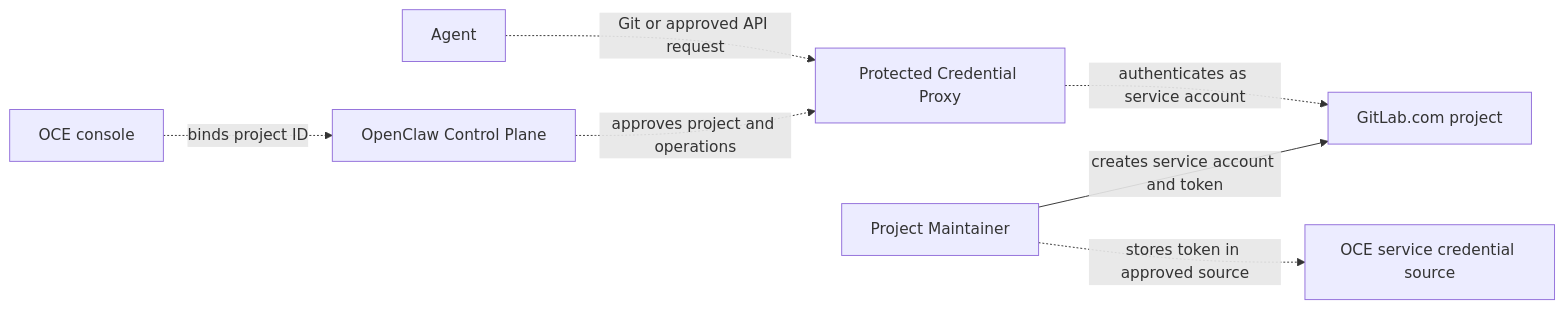
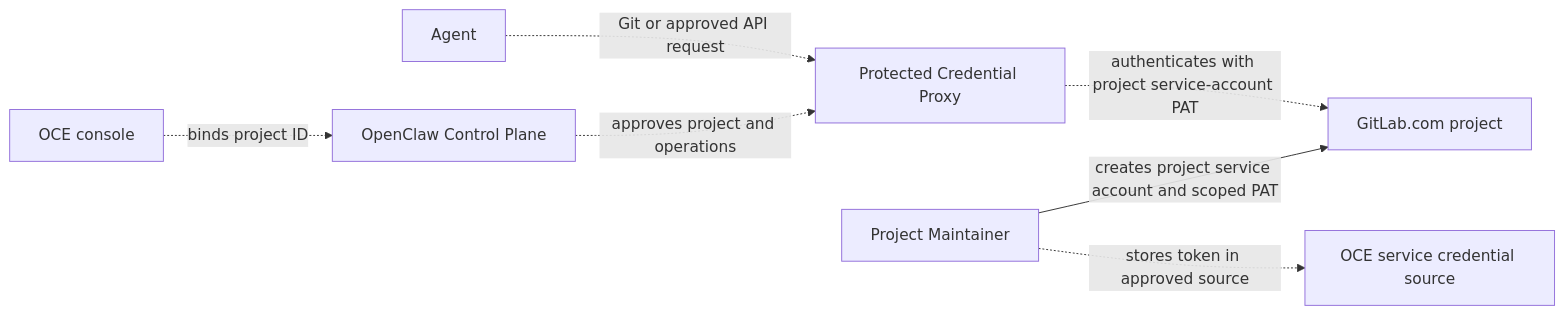
Before and after one commit to cooktheryan/openclaw-enterprise: the diagram in specs/rfcs/0023-gitlab-repository-credentials.md, drawn with Mermaid. The commit also changed other lines of this file and 1 other file, not shown here.

Commit message:
docs(specs): correct GitLab credential research

````diff
--- a/specs/rfcs/0023-gitlab-repository-credentials.md
+++ b/specs/rfcs/0023-gitlab-repository-credentials.md
@@ -89,9 +80,9 @@
 ```mermaid
 flowchart LR
-    Operator[Project Maintainer] -->|creates service account and token| GitLab[GitLab.com project]
+    Operator[Project Maintainer] -->|creates project service account and scoped PAT| GitLab[GitLab.com project]
     Operator -.->|stores token in approved source| Source[OCE service credential source]
     Console[OCE console] -.->|binds project ID| OCC[OpenClaw Control Plane]
     OCC -.->|approves project and operations| Proxy[Protected Credential Proxy]
     Agent[Agent] -.->|Git or approved API request| Proxy
-    Proxy -.->|authenticates as service account| GitLab
+    Proxy -.->|authenticates with project service-account PAT| GitLab
 ```
````
